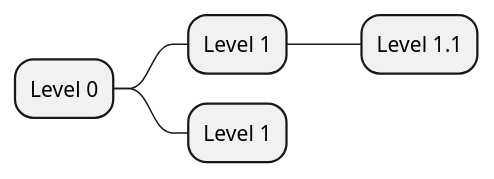
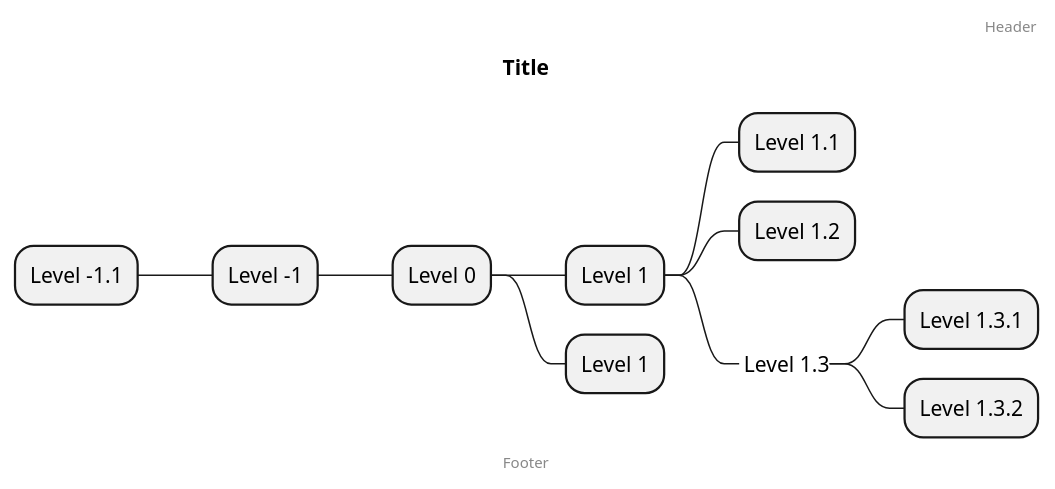
One commit to uniqueck/asciidoctor-plantuml-examples changed the diagram in src/docs/plantuml/mindmap.puml. Above: the diagram before and after it, drawn with PlantUML. The commit also changed 2 other files, not shown here.

Commit message:
plantuml image bug
only appears in a AsciiDoc file in sub sub directory relative to the image directory

```diff
--- a/src/docs/plantuml/mindmap.puml
+++ b/src/docs/plantuml/mindmap.puml
@@ -1,8 +1,21 @@
 @startmindmap
+
+skinparam backgroundcolor transparent
+
+title Title
+footer Footer
+header Header
 
 + Level 0
 ++ Level 1
 +++ Level 1.1
++++ Level 1.2
++++_ Level 1.3
+++++ Level 1.3.1
+++++ Level 1.3.2
 ++ Level 1
+-- Level -1
+--- Level -1.1
+
 
 @endmindmap
```
